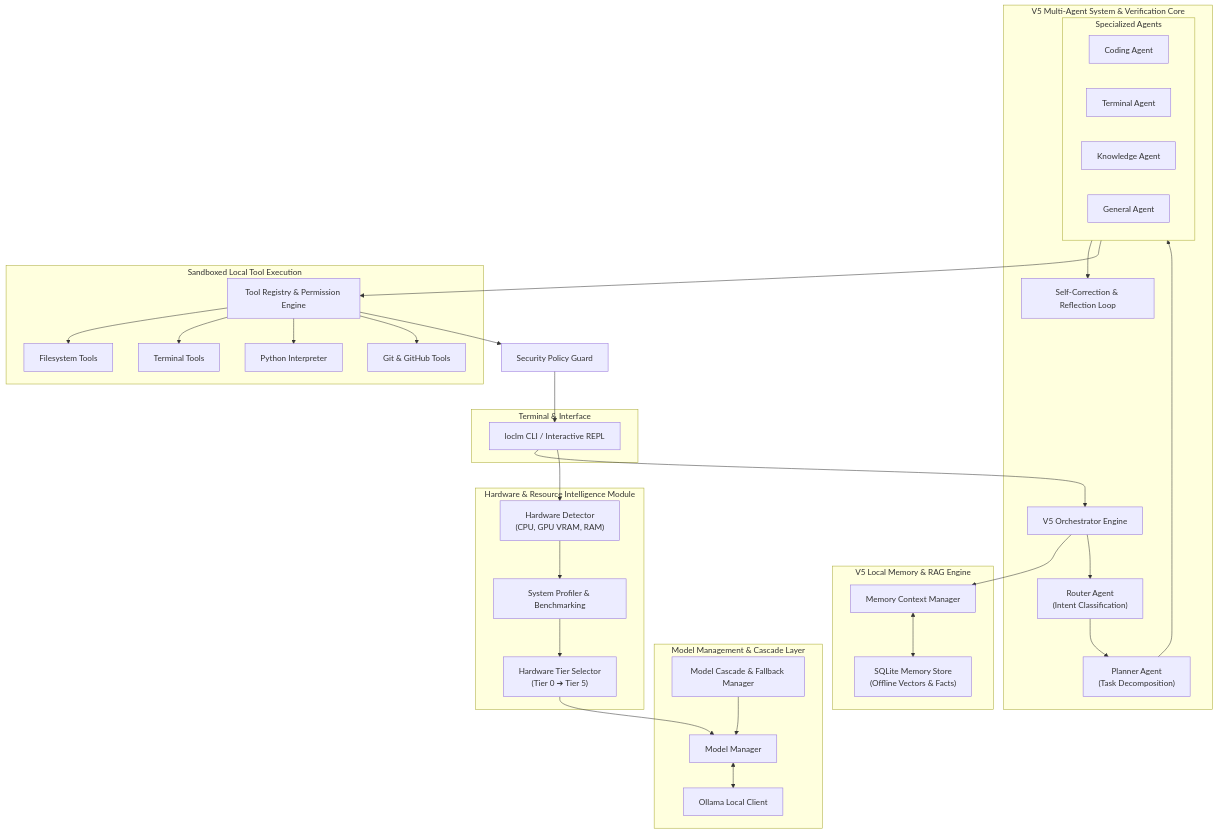
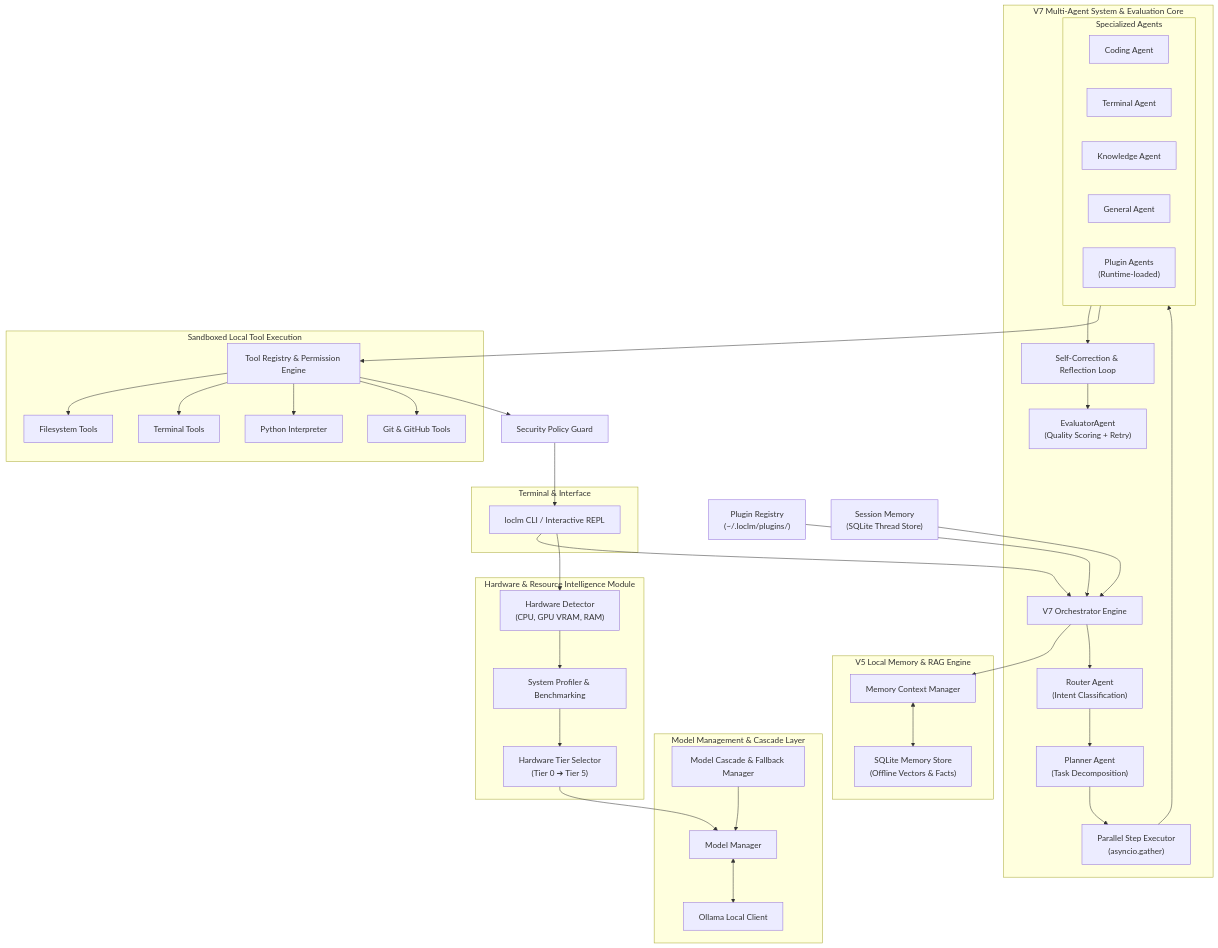
One commit to ashutoshsahuuu09/LocLM changed the diagram in README.md. Above: the diagram before and after it, drawn with Mermaid. The commit also changed other lines of this file and 10 other files, not shown here.

Commit message:
V7: Plugin System, Session Memory, Parallel Execution and EvaluatorAgent

````diff
--- a/README.md
+++ b/README.md
@@ -44,66 +44,71 @@
 ```mermaid
 flowchart TD
     subgraph UserInterface["Terminal & Interface"]
         CLI["loclm CLI / Interactive REPL"]
     end
 
     subgraph HardwareLayer["Hardware & Resource Intelligence Module"]
         Detector["Hardware Detector<br/>(CPU, GPU VRAM, RAM)"]
         Profiler["System Profiler & Benchmarking"]
         TierSelector["Hardware Tier Selector<br/>(Tier 0 ➔ Tier 5)"]
         
         Detector --> Profiler --> TierSelector
     end
 
     subgraph ModelLayer["Model Management & Cascade Layer"]
         ModelManager["Model Manager"]
         CascadeManager["Model Cascade & Fallback Manager"]
         OllamaClient["Ollama Local Client"]
         
         ModelManager <--> OllamaClient
         CascadeManager --> ModelManager
     end
 
     subgraph MemoryLayer["V5 Local Memory & RAG Engine"]
         SQLiteStore["SQLite Memory Store<br/>(Offline Vectors & Facts)"]
         MemoryManager["Memory Context Manager"]
         
         MemoryManager <--> SQLiteStore
     end
 
-    subgraph AgentLayer["V5 Multi-Agent System & Verification Core"]
-        V5Orchestrator["V5 Orchestrator Engine"]
+    subgraph AgentLayer["V7 Multi-Agent System & Evaluation Core"]
+        V7Orchestrator["V7 Orchestrator Engine"]
         Router["Router Agent<br/>(Intent Classification)"]
         Planner["Planner Agent<br/>(Task Decomposition)"]
+        ParallelExec["Parallel Step Executor<br/>(asyncio.gather)"]
         SelfCorrection["Self-Correction & Reflection Loop"]
+        Evaluator["EvaluatorAgent<br/>(Quality Scoring + Retry)"]
         
         subgraph Agents["Specialized Agents"]
             CodingAgent["Coding Agent"]
             TerminalAgent["Terminal Agent"]
             KnowledgeAgent["Knowledge Agent"]
             GeneralAgent["General Agent"]
+            PluginAgents["Plugin Agents<br/>(Runtime-loaded)"]
         end
         
-        V5Orchestrator --> MemoryManager
-        V5Orchestrator --> Router --> Planner
-        Planner --> Agents
-        Agents --> SelfCorrection
+        V7Orchestrator --> MemoryManager
+        V7Orchestrator --> Router --> Planner
+        Planner --> ParallelExec --> Agents
+        Agents --> SelfCorrection --> Evaluator
     end
 
     subgraph ToolLayer["Sandboxed Local Tool Execution"]
         ToolRegistry["Tool Registry & Permission Engine"]
         FSTools["Filesystem Tools"]
         TermTools["Terminal Tools"]
         PyTools["Python Interpreter"]
         GitTools["Git & GitHub Tools"]
         
         ToolRegistry --> FSTools & TermTools & PyTools & GitTools
     end
 
-    CLI --> V5Orchestrator
+    CLI --> V7Orchestrator
     CLI --> Detector
     TierSelector --> ModelManager
     Agents --> ToolRegistry
     ToolRegistry --> SecurityGuard["Security Policy Guard"]
     SecurityGuard --> CLI
+    PluginRegistry["Plugin Registry<br/>(~/.loclm/plugins/)"] --> V7Orchestrator
+    SessionMemory["Session Memory<br/>(SQLite Thread Store)"] --> V7Orchestrator
 ```
````
